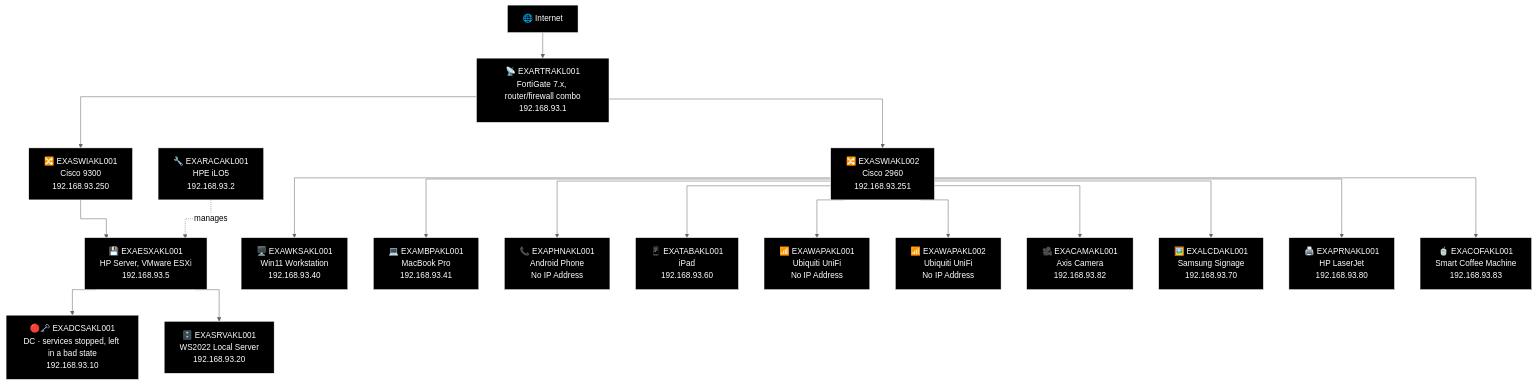
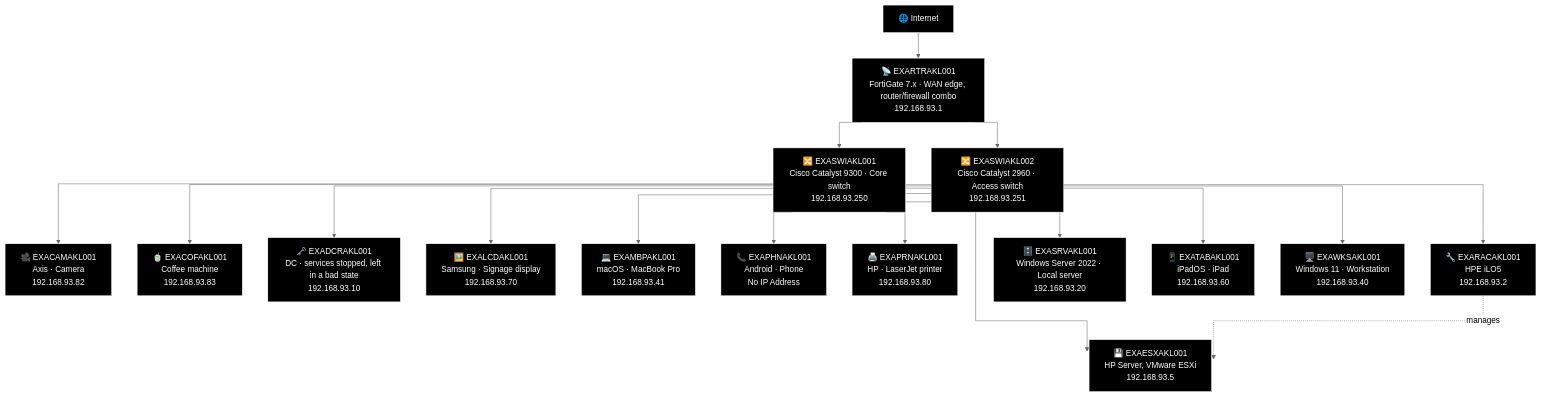
One commit to knightmare2600/example_music_infra changed the first of 3 diagrams in docs/network-diagram/new-zealand.md. Above: the diagram before and after it, drawn with Mermaid (neutral theme). The commit also changed other lines of this file and 8 other files, not shown here.

````diff
--- a/docs/network-diagram/new-zealand.md
+++ b/docs/network-diagram/new-zealand.md
@@ -29,60 +29,55 @@
 ```mermaid
+%% GENERATED:OLDNETWORK:AKL:START
 %%{init: {'flowchart': {'curve': 'stepAfter'}}}%%
 graph TD
     O_INET["🌐 Internet"]
-    O_RTR["📡 EXARTRAKL001<br/>FortiGate 7.x, router/firewall combo<br/>192.168.93.1"]
+    O_RTR["📡 EXARTRAKL001<br/>FortiGate 7.x · WAN edge, router/firewall combo<br/>192.168.93.1"]
+    O_SWI1["🔀 EXASWIAKL001<br/>Cisco Catalyst 9300 · Core switch<br/>192.168.93.250"]
+    O_SWI2["🔀 EXASWIAKL002<br/>Cisco Catalyst 2960 · Access switch<br/>192.168.93.251"]
+    O_CAM["🎥 EXACAMAKL001<br/>Axis · Camera<br/>192.168.93.82"]
+    O_COF["🍵 EXACOFAKL001<br/>Coffee machine<br/>192.168.93.83"]
+    O_DCR["🗝️ EXADCRAKL001<br/>DC · services stopped, left in a bad state<br/>192.168.93.10"]
+    O_ESX["💾 EXAESXAKL001<br/>HP Server, VMware ESXi<br/>192.168.93.5"]
+    O_LCD["🖼️ EXALCDAKL001<br/>Samsung · Signage display<br/>192.168.93.70"]
+    O_MBP["💻 EXAMBPAKL001<br/>macOS · MacBook Pro<br/>192.168.93.41"]
+    O_PHN["📞 EXAPHNAKL001<br/>Android · Phone<br/>No IP Address"]
+    O_PRN["🖨️ EXAPRNAKL001<br/>HP · LaserJet printer<br/>192.168.93.80"]
+    O_RAC["🔧 EXARACAKL001<br/>HPE iLO5<br/>192.168.93.2"]
+    O_SRV["🗄️ EXASRVAKL001<br/>Windows Server 2022 · Local server<br/>192.168.93.20"]
+    O_TAB["📱 EXATABAKL001<br/>iPadOS · iPad<br/>192.168.93.60"]
+    O_WKS["🖥️ EXAWKSAKL001<br/>Windows 11 · Workstation<br/>192.168.93.40"]
     O_INET --> O_RTR
-    O_SW1["🔀 EXASWIAKL001<br/>Cisco 9300<br/>192.168.93.250"]
-    O_SW2["🔀 EXASWIAKL002<br/>Cisco 2960<br/>192.168.93.251"]
-    O_RTR --> O_SW1
-    O_RTR --> O_SW2
-
-    O_RAC["🔧 EXARACAKL001<br/>HPE iLO5<br/>192.168.93.2"]
-    O_ESX["💾 EXAESXAKL001<br/>HP Server, VMware ESXi<br/>192.168.93.5"]
-    O_DC["🔴🗝️ EXADCSAKL001<br/>DC · services stopped, left in a bad state<br/>192.168.93.10"]
-    O_SRV["🗄️ EXASRVAKL001<br/>WS2022 Local Server<br/>192.168.93.20"]
-    O_SW1 --> O_ESX
+    O_RTR --> O_SWI1
+    O_RTR --> O_SWI2
+    O_SWI1 --> O_CAM
+    O_SWI1 --> O_COF
+    O_SWI1 --> O_DCR
+    O_SWI1 --> O_ESX
+    O_SWI1 --> O_LCD
+    O_SWI1 --> O_MBP
+    O_SWI1 --> O_PHN
+    O_SWI1 --> O_PRN
+    O_SWI1 --> O_RAC
     O_RAC -.->|"manages"| O_ESX
-    O_ESX --> O_DC
-    O_ESX --> O_SRV
-
-    O_WKS["🖥️ EXAWKSAKL001<br/>Win11 Workstation<br/>192.168.93.40"]
-    O_MBP["💻 EXAMBPAKL001<br/>MacBook Pro<br/>192.168.93.41"]
-    O_PHN["📞 EXAPHNAKL001<br/>Android Phone<br/>No IP Address"]
-    O_TAB["📱 EXATABAKL001<br/>iPad<br/>192.168.93.60"]
-    O_WAP1["📶 EXAWAPAKL001<br/>Ubiquiti UniFi<br/>No IP Address"]
-    O_WAP2["📶 EXAWAPAKL002<br/>Ubiquiti UniFi<br/>No IP Address"]
-    O_CAM["🎥 EXACAMAKL001<br/>Axis Camera<br/>192.168.93.82"]
-    O_LCD["🖼️ EXALCDAKL001<br/>Samsung Signage<br/>192.168.93.70"]
-    O_PRN["🖨️ EXAPRNAKL001<br/>HP LaserJet<br/>192.168.93.80"]
-    O_COF["🍵 EXACOFAKL001<br/>Smart Coffee Machine<br/>192.168.93.83"]
-    O_SW2 --> O_WKS
-    O_SW2 --> O_MBP
-    O_SW2 --> O_PHN
-    O_SW2 --> O_TAB
-    O_SW2 --> O_WAP1
-    O_SW2 --> O_WAP2
-    O_SW2 --> O_CAM
-    O_SW2 --> O_LCD
-    O_SW2 --> O_PRN
-    O_SW2 --> O_COF
+    O_SWI1 --> O_SRV
+    O_SWI1 --> O_TAB
+    O_SWI1 --> O_WKS
 
     style O_INET fill:#000000,stroke:#FFFFFF,color:#FFFFFF
     style O_RTR fill:#000000,stroke:#FFFFFF,color:#FFFFFF
-    style O_SW1 fill:#000000,stroke:#FFFFFF,color:#FFFFFF
-    style O_SW2 fill:#000000,stroke:#FFFFFF,color:#FFFFFF
-    style O_RAC fill:#000000,stroke:#FFFFFF,color:#FFFFFF
+    style O_SWI1 fill:#000000,stroke:#FFFFFF,color:#FFFFFF
+    style O_SWI2 fill:#000000,stroke:#FFFFFF,color:#FFFFFF
+    style O_CAM fill:#000000,stroke:#FFFFFF,color:#FFFFFF
+    style O_COF fill:#000000,stroke:#FFFFFF,color:#FFFFFF
+    style O_DCR fill:#000000,stroke:#FFFFFF,color:#FFFFFF
     style O_ESX fill:#000000,stroke:#FFFFFF,color:#FFFFFF
-    style O_DC fill:#000000,stroke:#FFFFFF,color:#FFFFFF
-    style O_SRV fill:#000000,stroke:#FFFFFF,color:#FFFFFF
-    style O_WKS fill:#000000,stroke:#FFFFFF,color:#FFFFFF
+    style O_LCD fill:#000000,stroke:#FFFFFF,color:#FFFFFF
     style O_MBP fill:#000000,stroke:#FFFFFF,color:#FFFFFF
     style O_PHN fill:#000000,stroke:#FFFFFF,color:#FFFFFF
+    style O_PRN fill:#000000,stroke:#FFFFFF,color:#FFFFFF
+    style O_RAC fill:#000000,stroke:#FFFFFF,color:#FFFFFF
+    style O_SRV fill:#000000,stroke:#FFFFFF,color:#FFFFFF
     style O_TAB fill:#000000,stroke:#FFFFFF,color:#FFFFFF
-    style O_WAP1 fill:#000000,stroke:#FFFFFF,color:#FFFFFF
-    style O_WAP2 fill:#000000,stroke:#FFFFFF,color:#FFFFFF
-    style O_CAM fill:#000000,stroke:#FFFFFF,color:#FFFFFF
-    style O_LCD fill:#000000,stroke:#FFFFFF,color:#FFFFFF
-    style O_PRN fill:#000000,stroke:#FFFFFF,color:#FFFFFF
-    style O_COF fill:#000000,stroke:#FFFFFF,color:#FFFFFF
+    style O_WKS fill:#000000,stroke:#FFFFFF,color:#FFFFFF
+%% GENERATED:OLDNETWORK:AKL:END
 ```
````
